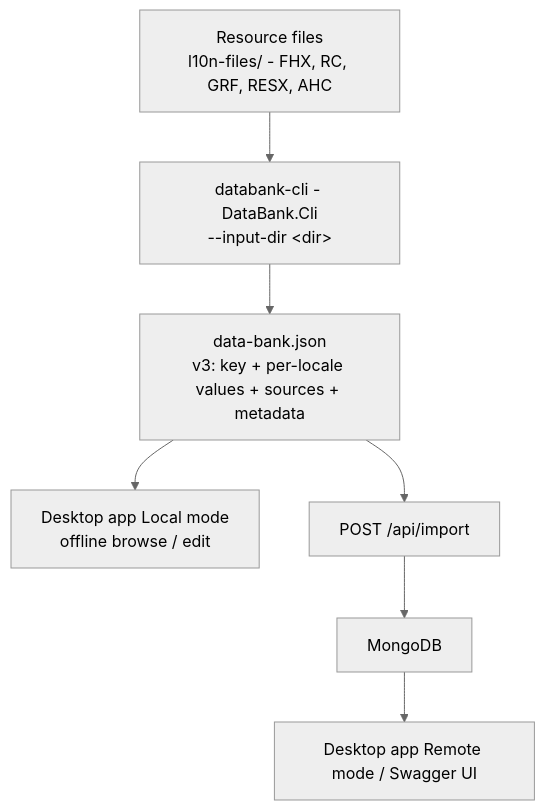
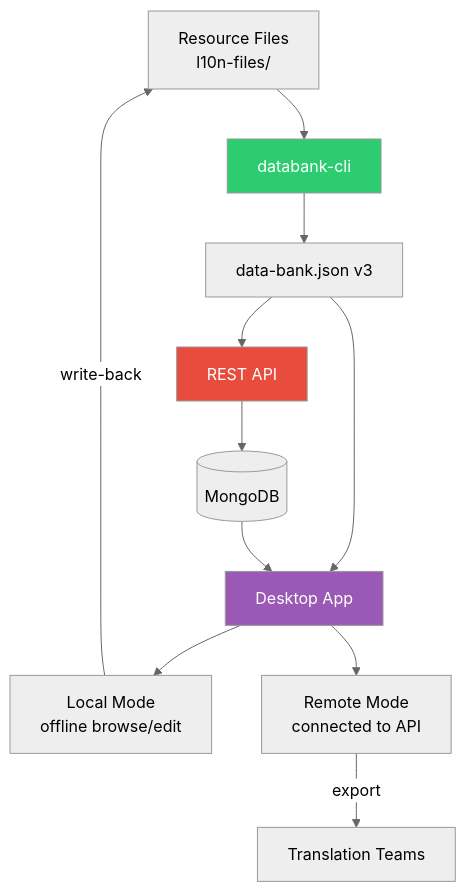
The third of 4 diagrams in PROJECT_CONTEXT.md (ejsadiarin-emr/LocalizationTools), drawn with Mermaid (neutral theme) before and after one commit. The commit also changed other lines of this file, not shown here.

Commit message:
docs: rewrite PROJECT_CONTEXT.md as concise PRD with mermaid diagrams

````diff
--- a/PROJECT_CONTEXT.md
+++ b/PROJECT_CONTEXT.md
@@ -146,14 +87,19 @@
 ```mermaid
 flowchart TD
-    RES[Resource files<br/>l10n-files/ - FHX, RC, GRF, RESX, AHC]
-    CLI[databank-cli - DataBank.Cli<br/>--input-dir &lt;dir&gt;]
-    DB[data-bank.json<br/>v3: key + per-locale values + sources + metadata]
-    LOCAL[Desktop app Local mode<br/>offline browse / edit]
-    API[POST /api/import]
-    MONGO[MongoDB]
-    REMOTE[Desktop app Remote mode / Swagger UI]
+    FILES[Resource Files<br/>l10n-files/] --> CLI[databank-cli]
+    CLI --> JSON[data-bank.json v3]
+    JSON --> API[REST API]
+    API --> MONGO[(MongoDB)]
+    JSON --> DESKTOP[Desktop App]
+    MONGO --> DESKTOP
 
-    RES --> CLI --> DB
-    DB --> LOCAL
-    DB --> API --> MONGO --> REMOTE
+    DESKTOP --> LOCAL[Local Mode<br/>offline browse/edit]
+    DESKTOP --> REMOTE[Remote Mode<br/>connected to API]
+
+    LOCAL -->|write-back| FILES
+    REMOTE -->|export| TEAMS[Translation Teams]
+
+    style CLI fill:#2ecc71,color:#fff
+    style API fill:#e74c3c,color:#fff
+    style DESKTOP fill:#9b59b6,color:#fff
 ```
````
